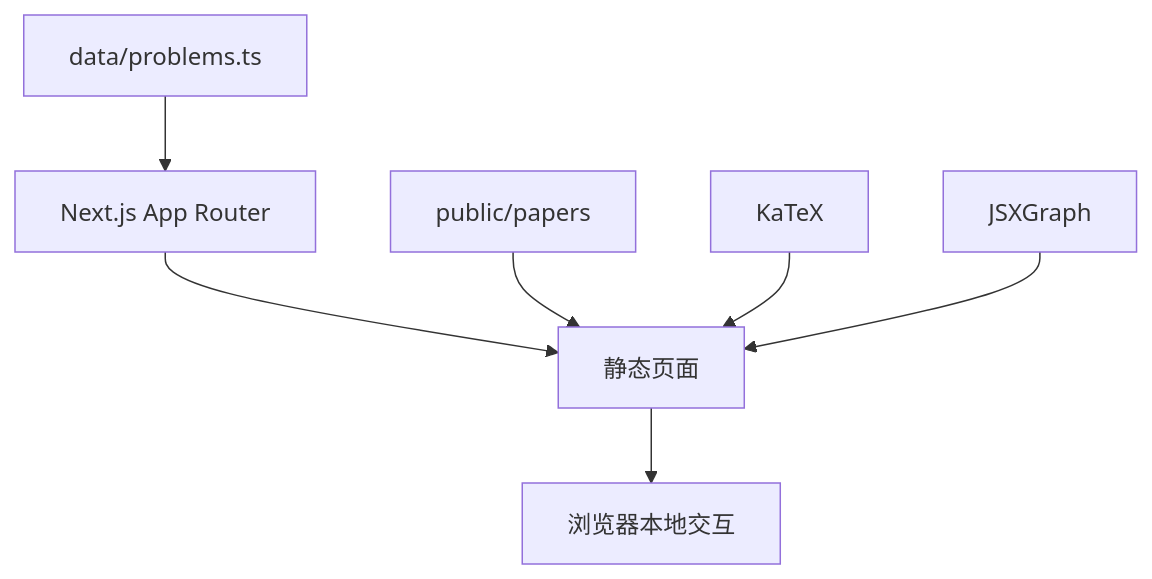
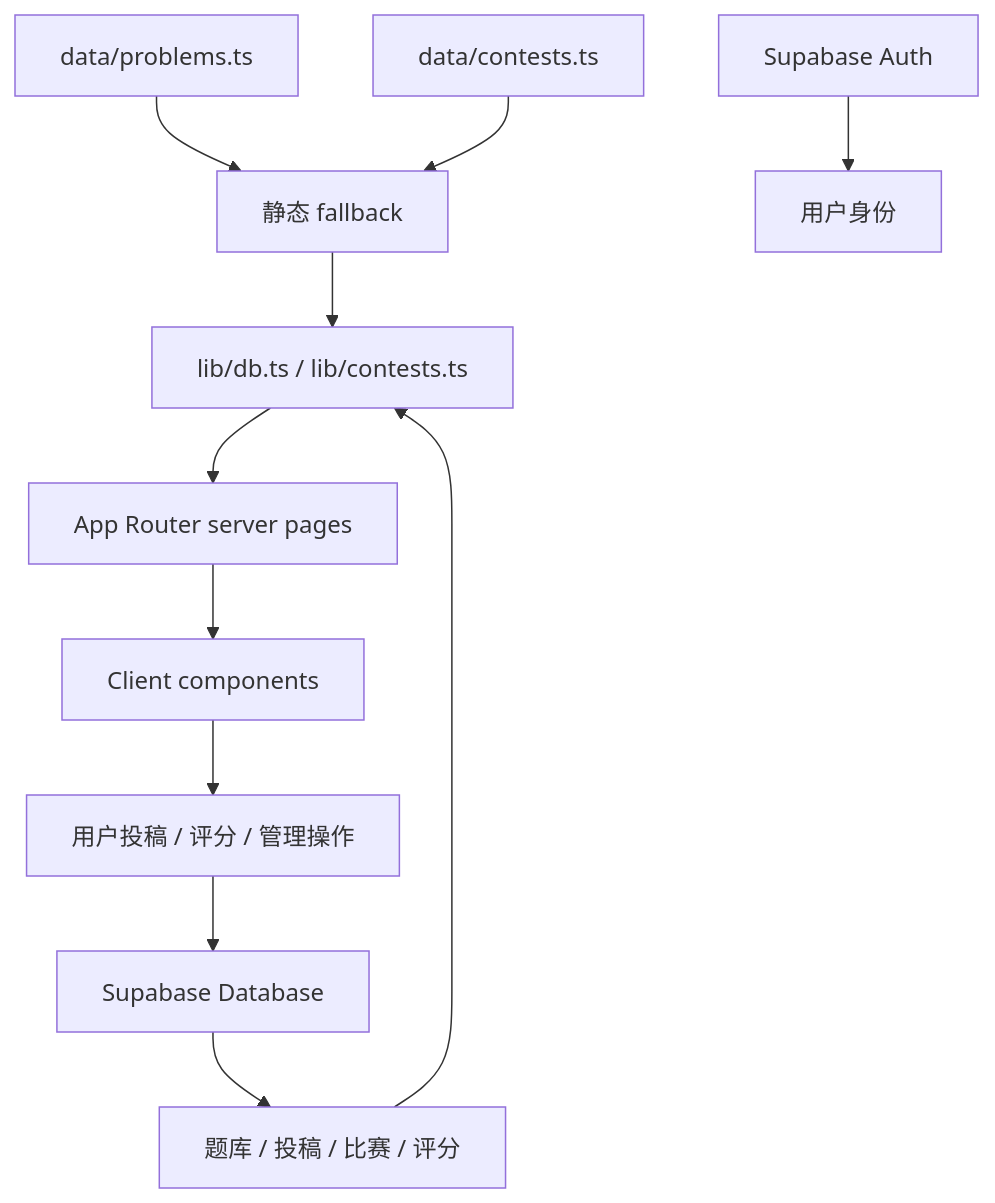
The diagram in docs/ARCHITECTURE.md (XuanheGuo/ProofArena), drawn with Mermaid before and after one commit. The commit also changed other lines of this file and 7 other files, not shown here.

````diff
--- a/docs/ARCHITECTURE.md
+++ b/docs/ARCHITECTURE.md
@@ -17,9 +25,13 @@
 ```mermaid
 flowchart TD
-    A["Next.js App Router"] --> B["静态页面"]
-    C["data/problems.ts"] --> A
-    D["public/papers"] --> B
-    E["KaTeX"] --> B
-    F["JSXGraph"] --> B
-    B --> G["浏览器本地交互"]
+    A["data/problems.ts"] --> F["静态 fallback"]
+    B["data/contests.ts"] --> F
+    C["Supabase Auth"] --> G["用户身份"]
+    D["Supabase Database"] --> H["题库 / 投稿 / 比赛 / 评分"]
+    F --> I["lib/db.ts / lib/contests.ts"]
+    H --> I
+    I --> J["App Router server pages"]
+    J --> K["Client components"]
+    K --> L["用户投稿 / 评分 / 管理操作"]
+    L --> D
 ```
````
